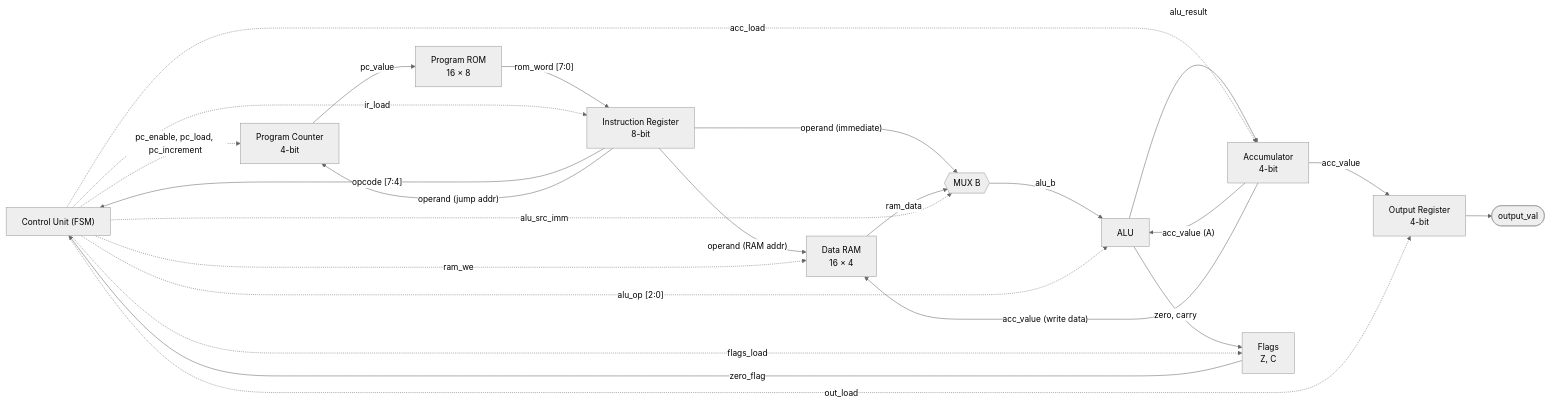
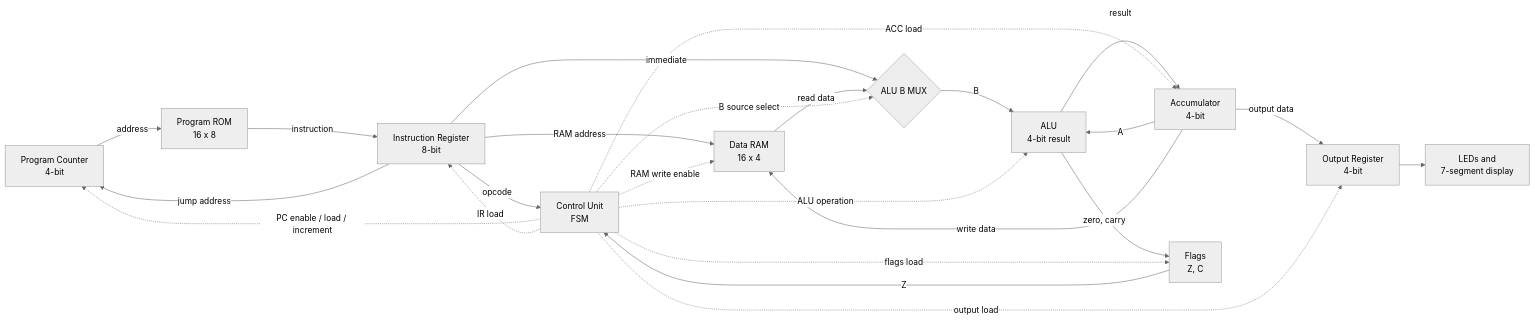
One commit to swaritt2/tiny4 changed the first of 2 diagrams in README.md. Above: the diagram before and after it, drawn with Mermaid (neutral theme). The commit also changed other lines of this file, not shown here.

````diff
--- a/README.md
+++ b/README.md
@@ -25,39 +20,39 @@
 ```mermaid
 flowchart LR
-    CU["Control Unit (FSM)"]
     PC["Program Counter<br/>4-bit"]
-    ROM["Program ROM<br/>16 × 8"]
+    ROM["Program ROM<br/>16 x 8"]
     IR["Instruction Register<br/>8-bit"]
-    RAM["Data RAM<br/>16 × 4"]
-    MUX{{"MUX B"}}
-    ALU["ALU"]
+    CU["Control Unit<br/>FSM"]
+    RAM["Data RAM<br/>16 x 4"]
+    MUX{"ALU B MUX"}
     ACC["Accumulator<br/>4-bit"]
+    ALU["ALU<br/>4-bit result"]
     FLAGS["Flags<br/>Z, C"]
     OUT["Output Register<br/>4-bit"]
-    LEDS(["output_val"])
+    DISPLAY["LEDs and<br/>7-segment display"]
 
-    PC -- "pc_value" --> ROM
-    ROM -- "rom_word [7:0]" --> IR
-    IR -- "opcode [7:4]" --> CU
-    IR -- "operand (jump addr)" --> PC
-    IR -- "operand (RAM addr)" --> RAM
-    IR -- "operand (immediate)" --> MUX
-    RAM -- "ram_data" --> MUX
-    MUX -- "alu_b" --> ALU
-    ACC -- "acc_value (A)" --> ALU
-    ALU -- "alu_result" --> ACC
-    ALU -- "zero, carry" --> FLAGS
-    FLAGS -- "zero_flag" --> CU
-    ACC -- "acc_value (write data)" --> RAM
-    ACC -- "acc_value" --> OUT
-    OUT --> LEDS
+    PC -->|address| ROM
+    ROM -->|instruction| IR
+    IR -->|opcode| CU
+    IR -->|jump address| PC
+    IR -->|RAM address| RAM
+    IR -->|immediate| MUX
+    RAM -->|read data| MUX
+    MUX -->|B| ALU
+    ACC -->|A| ALU
+    ALU -->|result| ACC
+    ALU -->|zero, carry| FLAGS
+    FLAGS -->|Z| CU
+    ACC -->|write data| RAM
+    ACC -->|output data| OUT
+    OUT --> DISPLAY
 
-    CU -. "pc_enable, pc_load, pc_increment" .-> PC
-    CU -. "ir_load" .-> IR
-    CU -. "ram_we" .-> RAM
-    CU -. "alu_src_imm" .-> MUX
-    CU -. "alu_op [2:0]" .-> ALU
-    CU -. "acc_load" .-> ACC
-    CU -. "flags_load" .-> FLAGS
-    CU -. "out_load" .-> OUT
+    CU -.->|PC enable / load / increment| PC
+    CU -.->|IR load| IR
+    CU -.->|RAM write enable| RAM
+    CU -.->|B source select| MUX
+    CU -.->|ALU operation| ALU
+    CU -.->|ACC load| ACC
+    CU -.->|flags load| FLAGS
+    CU -.->|output load| OUT
 ```
````
